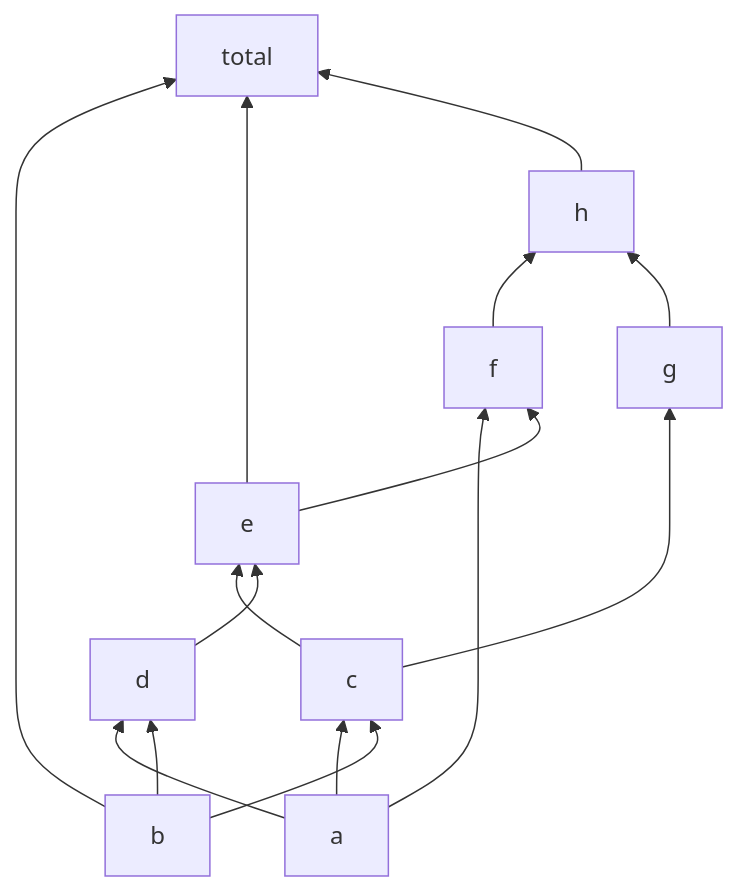
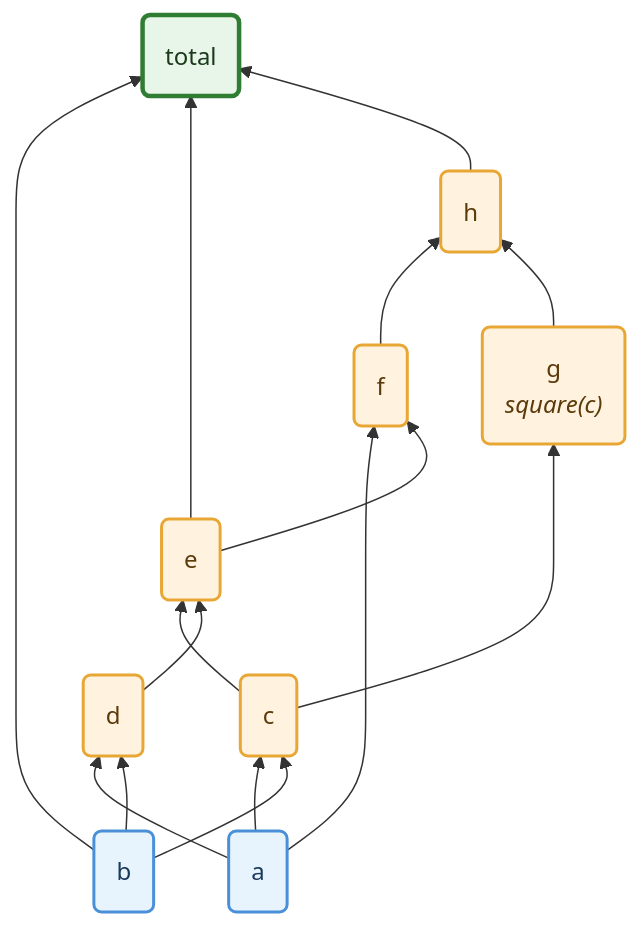
Before and after one commit to asengupta/avishek.net: the sixth of 9 diagrams in _posts/2026-03-01-designing-reddragon-multi-language-code-analysis.md, drawn with Mermaid. The commit also changed other lines of this file and 2 other files, not shown here.

First line of the commit message:
Beautify mermaid diagrams across all three posts, add Tools section and execution loop

````diff
--- a/_posts/2026-03-01-designing-reddragon-multi-language-code-analysis.md
+++ b/_posts/2026-03-01-designing-reddragon-multi-language-code-analysis.md
@@ -939,26 +1010,31 @@
 ```mermaid
 flowchart BT
-    a["a"]
-    b["b"]
-    c["c"]
-    d["d"]
-    e["e"]
-    f["f"]
-    g["g"]
-    h["h"]
-    total["total"]
+    a("a"):::source
+    b("b"):::source
+    c("c"):::mid
+    d("d"):::mid
+    e("e"):::mid
+    f("f"):::mid
+    g("g<br/><i>square(c)</i>"):::mid
+    h("h"):::mid
+    total("total"):::sink
+
     a --> c
     b --> c
     a --> d
     b --> d
     c --> e
     d --> e
     a --> f
     e --> f
     c --> g
     f --> h
     g --> h
     b --> total
     e --> total
     h --> total
+
+    classDef source fill:#e8f4fd,stroke:#4a90d9,stroke-width:2px,color:#1a3a5c
+    classDef mid fill:#fff3e0,stroke:#e8a735,stroke-width:2px,color:#5c3a0a
+    classDef sink fill:#e8f5e9,stroke:#2e7d32,stroke-width:3px,color:#1a3a1a
 ```
````
